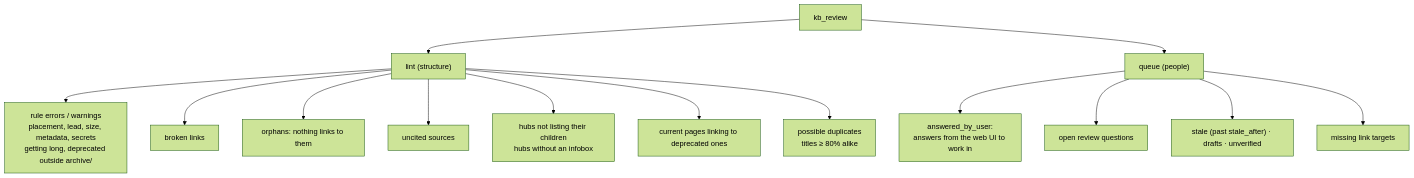
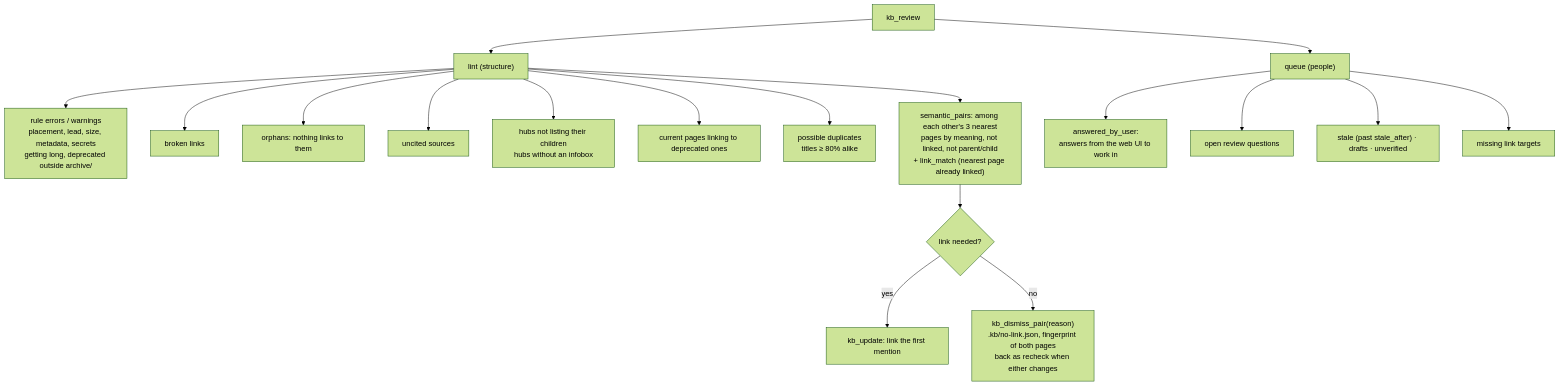
The seventh of 8 diagrams in docs/how-it-works.md (abishekvupputur/okf-kb), drawn with Mermaid (forest theme) before and after one commit. The commit also changed other lines of this file and 7 other files, not shown here.

First line of the commit message:
Semantic pairs: lint lists unlinked pages close in meaning, /pairs heatmap

````diff
--- a/docs/how-it-works.md
+++ b/docs/how-it-works.md
@@ -133,16 +133,20 @@
 ```mermaid
 flowchart TD
     R["kb_review"] --> LINT["lint (structure)"]
     R --> QUEUE["queue (people)"]
     LINT --> L1["rule errors / warnings<br/>placement, lead, size, metadata, secrets<br/>getting long, deprecated outside archive/"]
     LINT --> L2["broken links"]
     LINT --> L3["orphans: nothing links to them"]
     LINT --> L4["uncited sources"]
     LINT --> L5["hubs not listing their children<br/>hubs without an infobox"]
     LINT --> L6["current pages linking to deprecated ones"]
     LINT --> L7["possible duplicates<br/>titles ≥ 80% alike"]
+    LINT --> L8["semantic_pairs: among each other's 3 nearest<br/>pages by meaning, not linked, not parent/child<br/>+ link_match (nearest page already linked)"]
+    L8 --> DEC{"link needed?"}
+    DEC -- yes --> LK["kb_update: link the first mention"]
+    DEC -- no --> DIS["kb_dismiss_pair(reason)<br/>.kb/no-link.json, fingerprint of both pages<br/>back as recheck when either changes"]
     QUEUE --> Q1["answered_by_user:<br/>answers from the web UI to work in"]
     QUEUE --> Q2["open review questions"]
     QUEUE --> Q3["stale (past stale_after) · drafts · unverified"]
     QUEUE --> Q4["missing link targets"]
 ```
````
